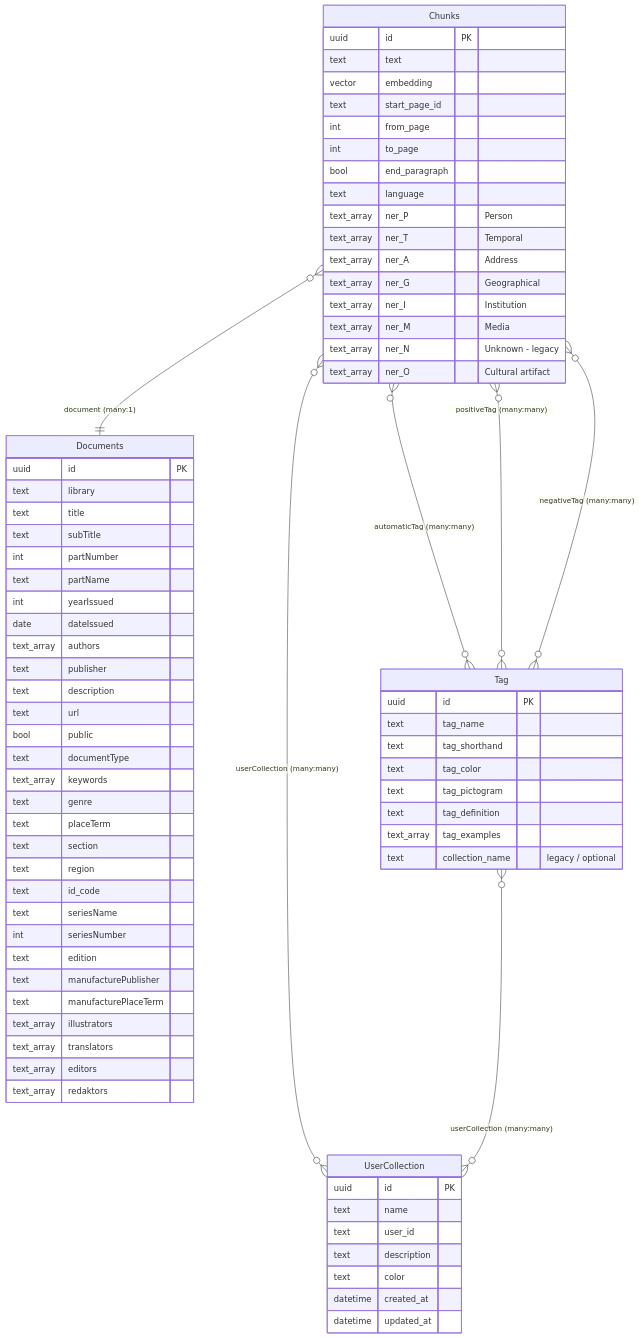
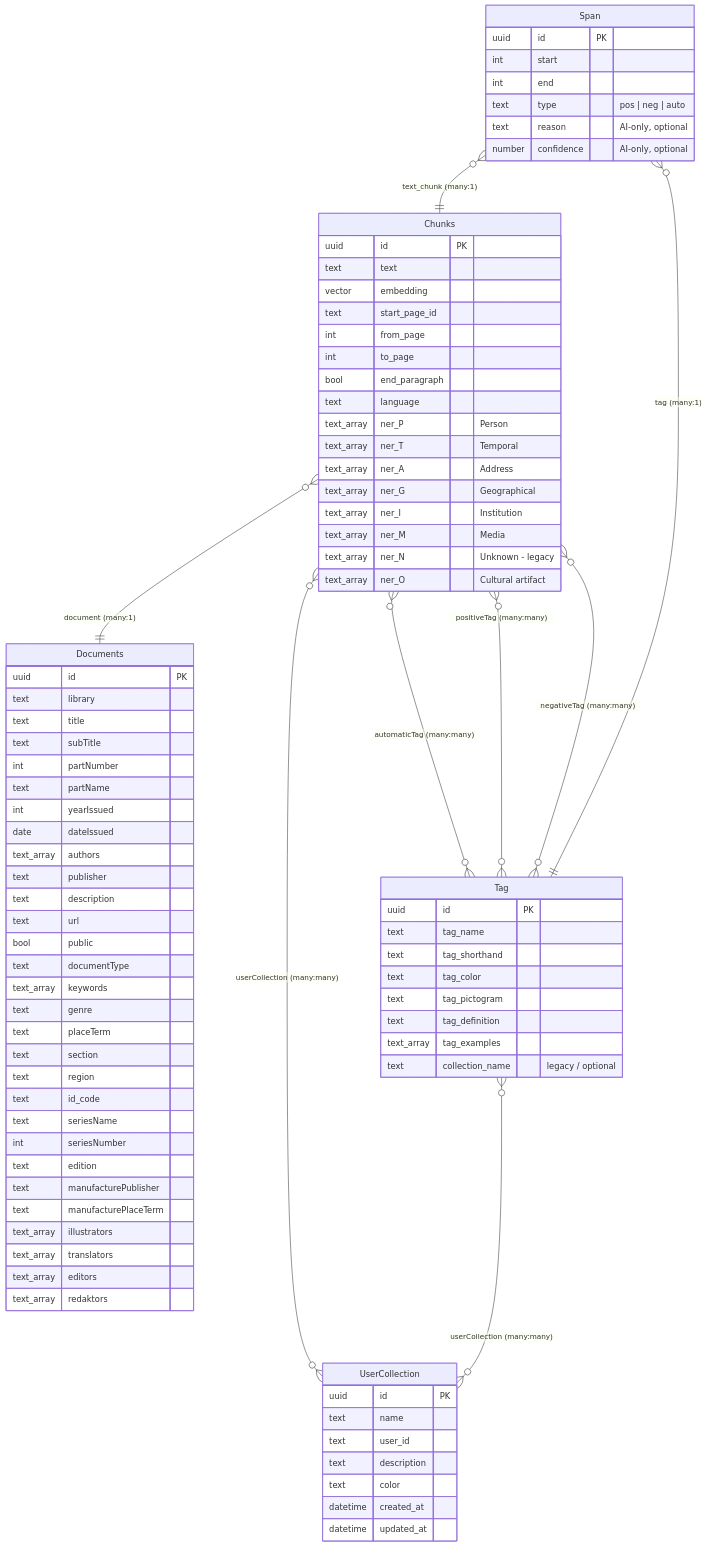
One commit to DCGM/semant-demo changed the diagram in docs/DATABASE.md. Above: the diagram before and after it, drawn with Mermaid. The commit also changed other lines of this file and 4 other files, not shown here.

Commit message:
feat: enhance README, architecture, and database documentation; add span and AI assistance details refactor: remove OldUserCollectionsPage.vue as part of UI cleanup

````diff
--- a/docs/DATABASE.md
+++ b/docs/DATABASE.md
@@ -83,10 +83,21 @@
         datetime updated_at
     }
 
+    Span {
+        uuid id PK
+        int start
+        int end
+        text type "pos | neg | auto"
+        text reason "AI-only, optional"
+        number confidence "AI-only, optional"
+    }
+
     Chunks }o--|| Documents : "document (many:1)"
     Chunks }o--o{ Tag : "automaticTag (many:many)"
     Chunks }o--o{ Tag : "positiveTag (many:many)"
     Chunks }o--o{ Tag : "negativeTag (many:many)"
     Chunks }o--o{ UserCollection : "userCollection (many:many)"
     Tag }o--o{ UserCollection : "userCollection (many:many)"
+    Span }o--|| Tag : "tag (many:1)"
+    Span }o--|| Chunks : "text_chunk (many:1)"
 ```
````
